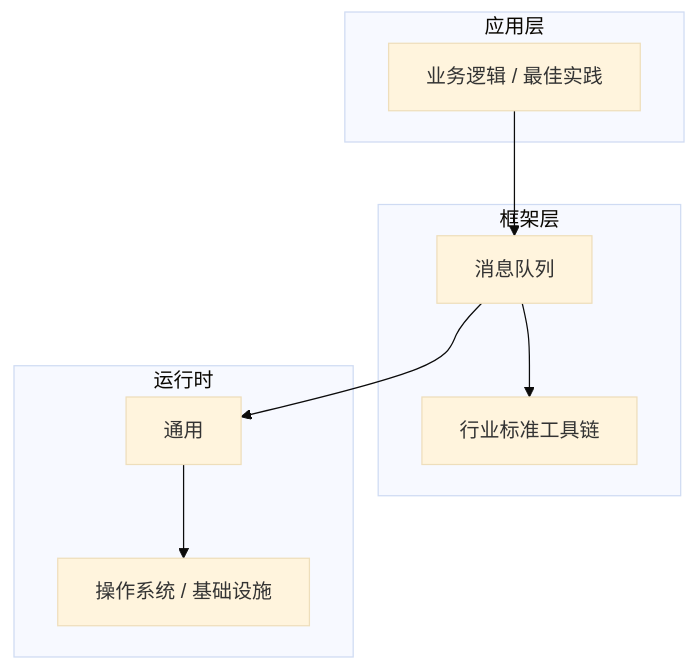
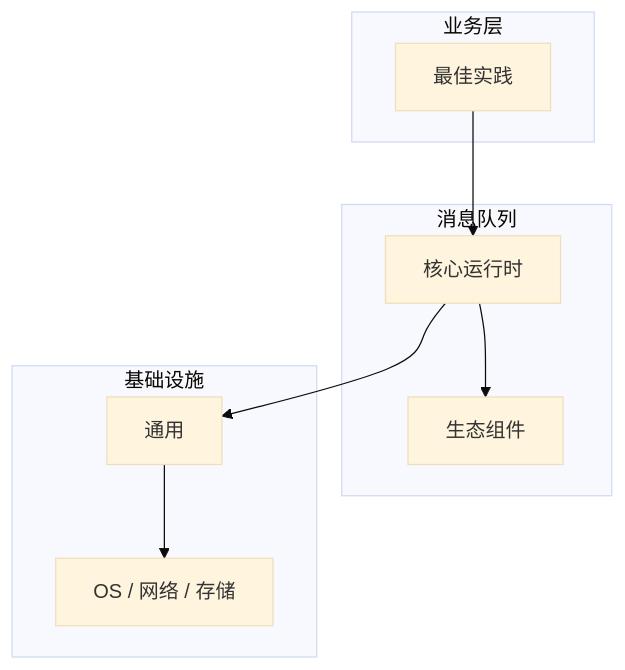
Before and after one commit to yanggan2015/knowledge-json-v2: the diagram in articles/消息队列/chapters/095-最佳实践核心概念与原理.md, drawn with Mermaid (base theme). The commit also changed other lines of this file and 10127 other files, not shown here.

````diff
--- a/articles/消息队列/chapters/095-最佳实践核心概念与原理.md
+++ b/articles/消息队列/chapters/095-最佳实践核心概念与原理.md
@@ -45,18 +34,18 @@
 ```mermaid
 graph TB
-    subgraph 应用层
-        A[业务逻辑 / 最佳实践]
+    subgraph 业务层
+        A[最佳实践]
     end
-    subgraph 框架层
-        B[消息队列]
-        C[行业标准工具链]
+    subgraph 消息队列
+        B[核心运行时]
+        C[生态组件]
     end
-    subgraph 运行时
+    subgraph 基础设施
         D[通用]
-        E[操作系统 / 基础设施]
+        E[OS / 网络 / 存储]
     end
     A --> B
     B --> C
     B --> D
     D --> E
 ```
````
